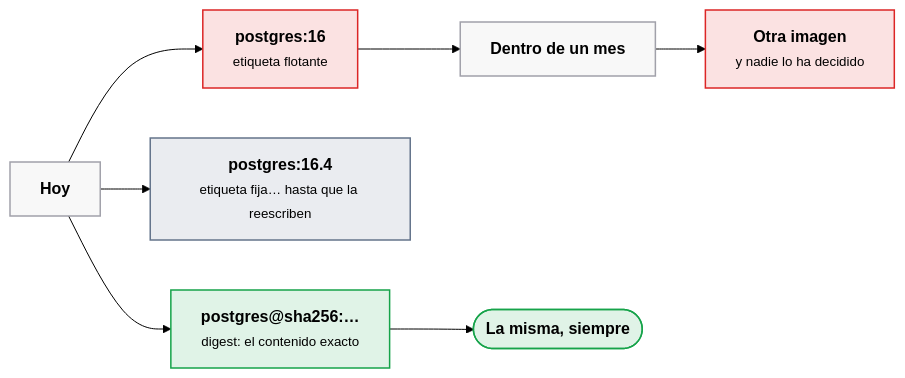
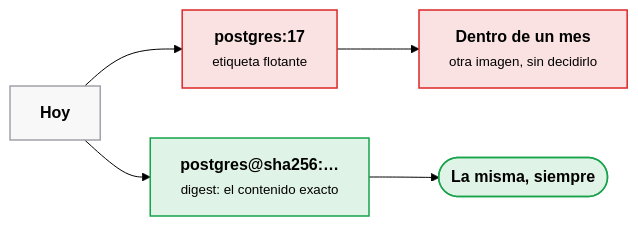
The first of 3 diagrams in docs/ut/ut7-actualizacion-vulnerabilidades.md (victor-educ/apuntes-5169), drawn with Mermaid (forest theme) before and after one commit. The commit also changed other lines of this file and 6 other files, not shown here.

````diff
--- a/docs/ut/ut7-actualizacion-vulnerabilidades.md
+++ b/docs/ut/ut7-actualizacion-vulnerabilidades.md
@@ -23,19 +21,13 @@
 ```mermaid
 flowchart LR
-    T1["<b>postgres:16</b><br><small>etiqueta flotante</small>"]:::riesgo
-    T2["<b>postgres:16.4</b><br><small>etiqueta fija… hasta que la reescriben</small>"]:::pieza
+    HOY["<b>Hoy</b>"]:::infra
+    T1["<b>postgres:17</b><br><small>etiqueta flotante</small>"]:::riesgo
     T3["<b>postgres@sha256:…</b><br><small>digest: el contenido exacto</small>"]:::ok
-    HOY["<b>Hoy</b>"]:::infra
-    MES["<b>Dentro de un mes</b>"]:::infra
-    D1["<b>Otra imagen</b><br><small>y nadie lo ha decidido</small>"]:::riesgo
+    D1["<b>Dentro de un mes</b><br><small>otra imagen, sin decidirlo</small>"]:::riesgo
     D2(["<b>La misma, siempre</b>"]):::ok
-    HOY --> T1 & T2 & T3
-    T1 --> MES --> D1
-    T3 --> D2
-    classDef act fill:#ea580c22,stroke:#ea580c,stroke-width:1.5px
-    classDef pieza fill:#64748b22,stroke:#64748b,stroke-width:1.5px
-    classDef dato fill:#2563eb22,stroke:#2563eb,stroke-width:1.5px
+    HOY --> T1 --> D1
+    HOY --> T3 --> D2
     classDef infra fill:#a1a1aa14,stroke:#a1a1aa,stroke-width:1.5px
     classDef ok fill:#16a34a22,stroke:#16a34a,stroke-width:1.5px
     classDef riesgo fill:#dc262622,stroke:#dc2626,stroke-width:1.5px
 ```
````
